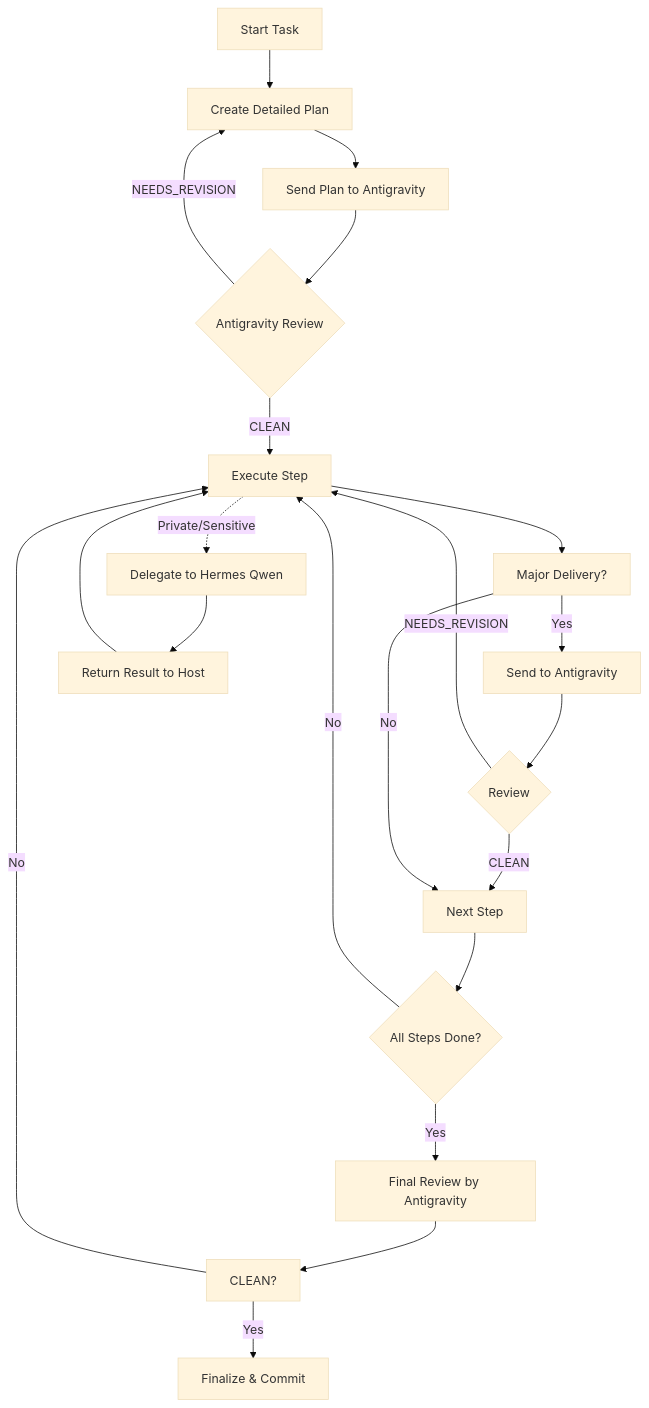
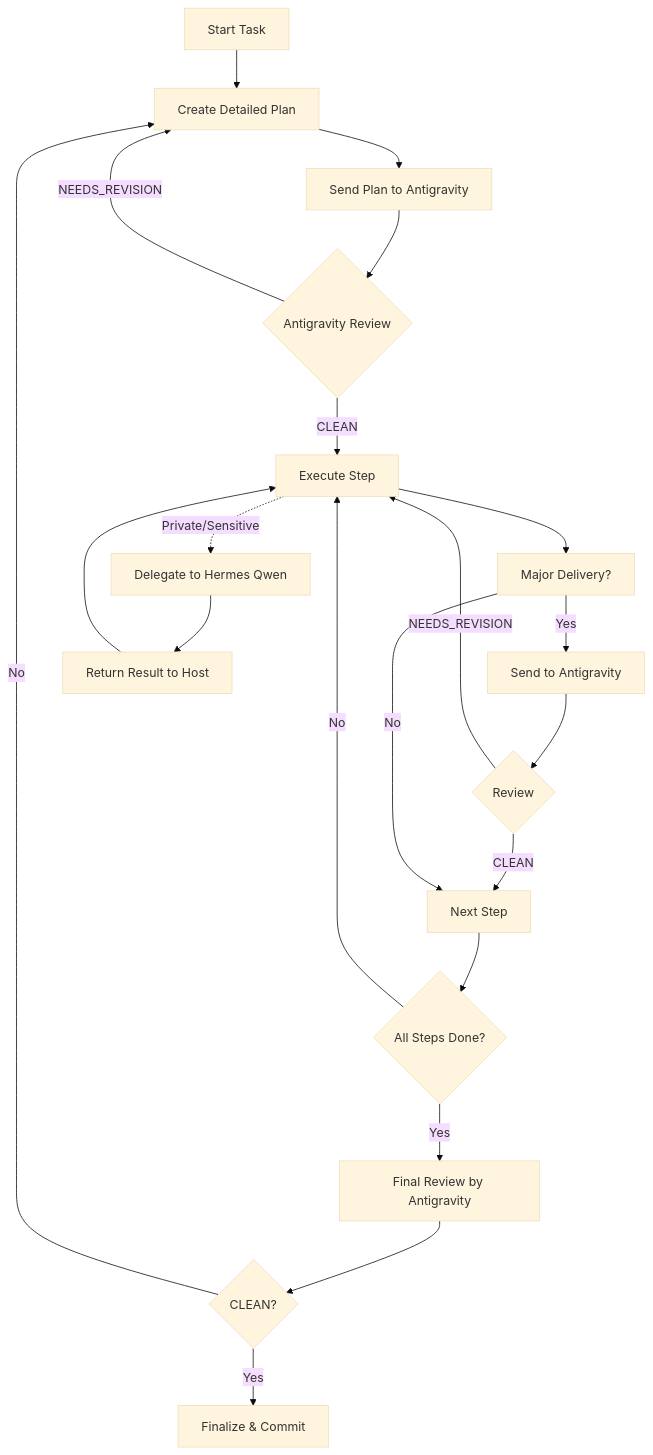
One commit to diazMelgarejo/orama-system changed the diagram in bin/orama-system/skills/hermes-harness/references/hermes-council-review-gates.md. Above: the diagram before and after it, drawn with Mermaid (base theme). The commit also changed 21 other files, not shown here.

````diff
--- a/bin/orama-system/skills/hermes-harness/references/hermes-council-review-gates.md
+++ b/bin/orama-system/skills/hermes-harness/references/hermes-council-review-gates.md
@@ -20,24 +20,24 @@
 ```mermaid
 flowchart TD
     A[Start Task] --> B[Create Detailed Plan]
     B --> C[Send Plan to Antigravity]
     C --> D{Antigravity Review}
     D -- NEEDS_REVISION --> B
     D -- CLEAN --> E[Execute Step]
     E --> F[Major Delivery?]
     F -- Yes --> G[Send to Antigravity]
     G --> H{Review}
     H -- NEEDS_REVISION --> E
     H -- CLEAN --> I[Next Step]
     F -- No --> I
     I --> J{All Steps Done?}
     J -- No --> E
     J -- Yes --> K[Final Review by Antigravity]
-    K --> L[CLEAN?]
-    L -- No --> E
+    K --> L{CLEAN?}
+    L -- No --> B[Create Detailed Plan]
     L -- Yes --> M[Finalize & Commit]
 
     E -.->|Private/Sensitive| N[Delegate to Hermes Qwen]
     N --> O[Return Result to Host]
     O --> E
 ```
````
